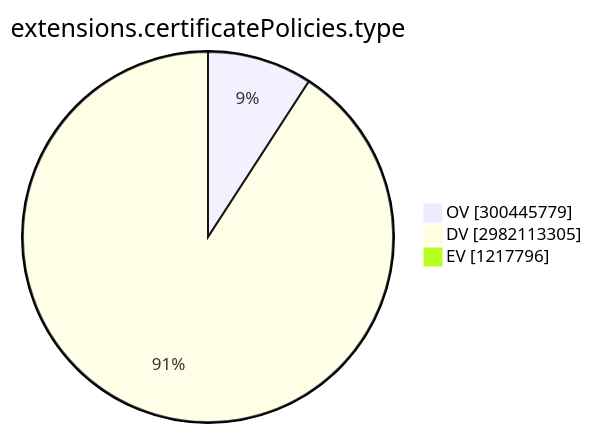
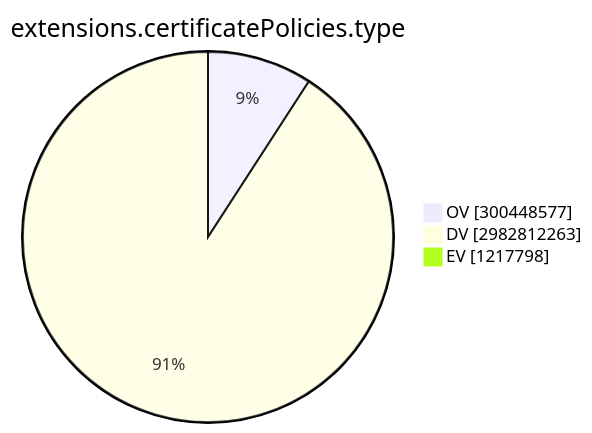
Before and after one commit to christiankrug/ctmonitor_visualization: the ninth of 15 diagrams in TOTAL/README.md, drawn with Mermaid. The commit also changed other lines of this file, not shown here.

````diff
--- a/TOTAL/README.md
+++ b/TOTAL/README.md
@@ -3101,7 +3101,7 @@
 ```mermaid
 pie showData
 title extensions.certificatePolicies.type
-"OV" :300445779
-"DV" :2982113305
-"EV" :1217796
+"OV" :300448577
+"DV" :2982812263
+"EV" :1217798
 ```
````
